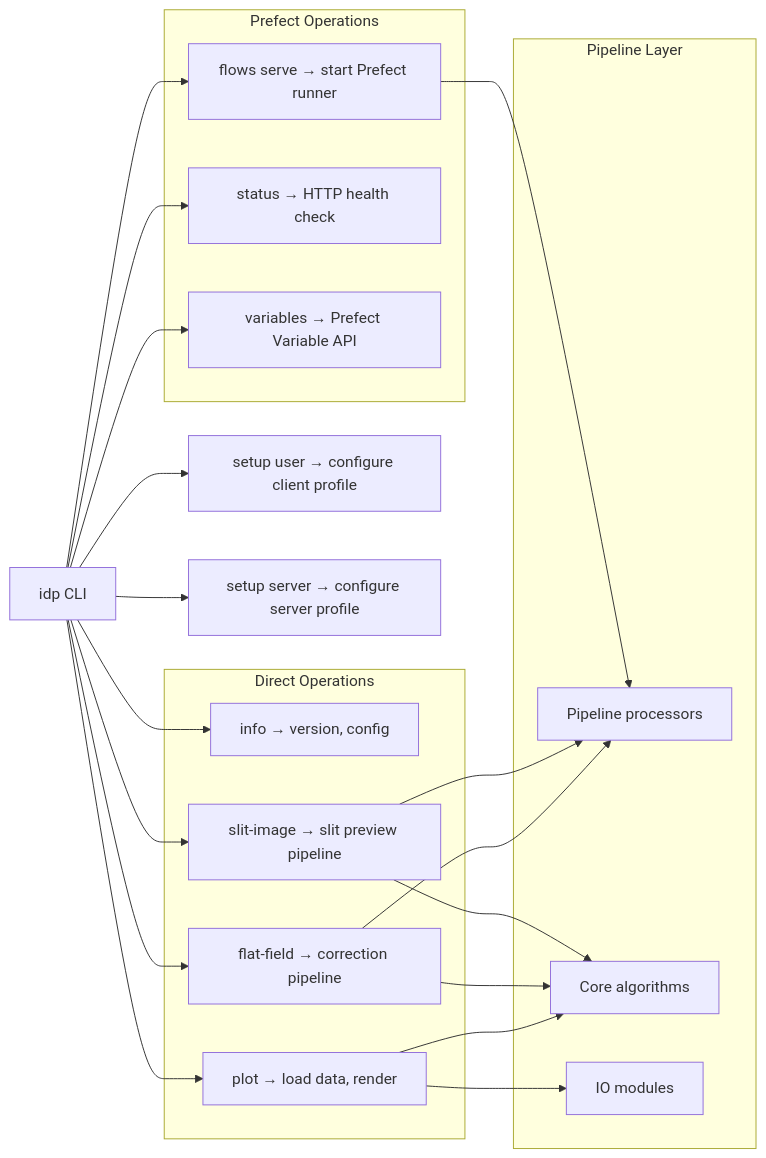
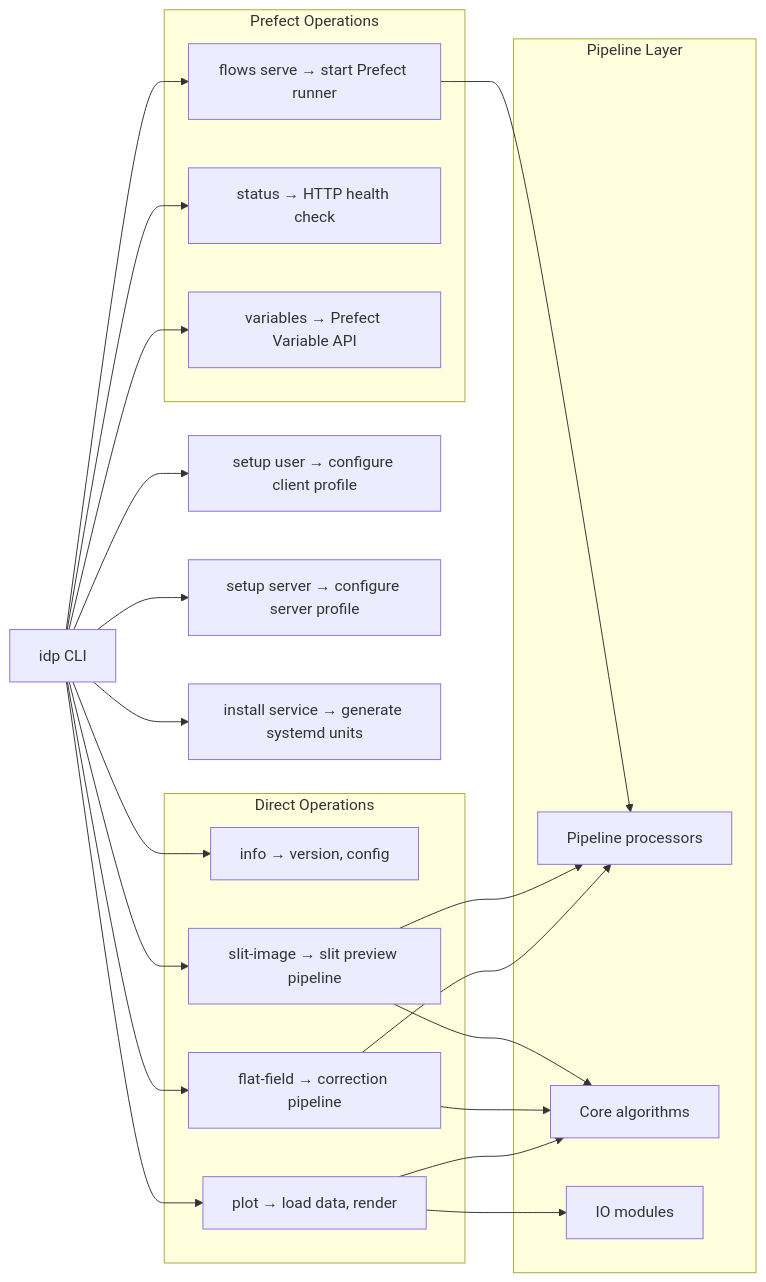
Before and after one commit to irsol-locarno/irsol-data-pipeline: the second of 2 diagrams in docs/cli/cli_usage.md, drawn with Mermaid. The commit also changed other lines of this file and 1 other file, not shown here.

First line of the commit message:
docs: document idp install service command in CLI and maintainer guides

````diff
--- a/docs/cli/cli_usage.md
+++ b/docs/cli/cli_usage.md
@@ -573,43 +632,45 @@
 ```mermaid
 flowchart LR
     CLI["idp CLI"]
 
     subgraph "Direct Operations"
         INFO_CMD["info → version, config"]
         PLOT_CMD["plot → load data, render"]
         FF_CMD["flat-field → correction pipeline"]
         SI_CMD["slit-image → slit preview pipeline"]
     end
 
     subgraph "Prefect Operations"
         SERVE_CMD["flows serve → start Prefect runner"]
         STATUS_CMD["status → HTTP health check"]
         VARS_CMD["variables → Prefect Variable API"]
     end
 
     subgraph "Pipeline Layer"
         PIPELINE["Pipeline processors"]
         CORE["Core algorithms"]
         IO_MOD["IO modules"]
     end
 
     CLI --> INFO_CMD
     CLI --> PLOT_CMD
     CLI --> FF_CMD
     CLI --> SI_CMD
     CLI --> SERVE_CMD
     CLI --> STATUS_CMD
     CLI --> VARS_CMD
     SETUP_USER_CMD["setup user → configure client profile"]
     SETUP_SERVER_CMD["setup server → configure server profile"]
+    INSTALL_CMD["install service → generate systemd units"]
     CLI --> SETUP_USER_CMD
     CLI --> SETUP_SERVER_CMD
+    CLI --> INSTALL_CMD
 
     PLOT_CMD --> IO_MOD
     PLOT_CMD --> CORE
     FF_CMD --> PIPELINE
     FF_CMD --> CORE
     SI_CMD --> PIPELINE
     SI_CMD --> CORE
     SERVE_CMD --> PIPELINE
 ```
````
